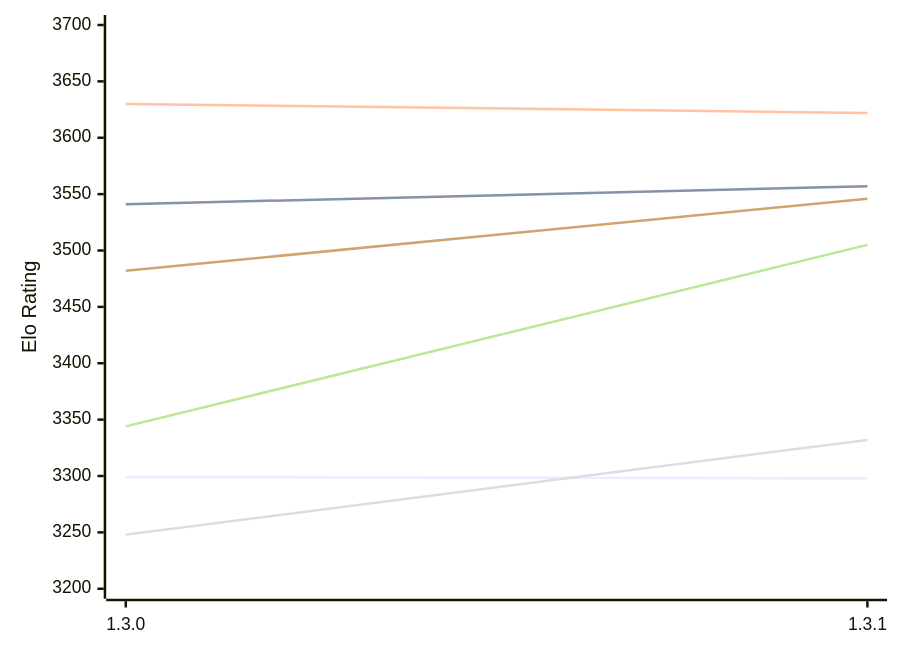
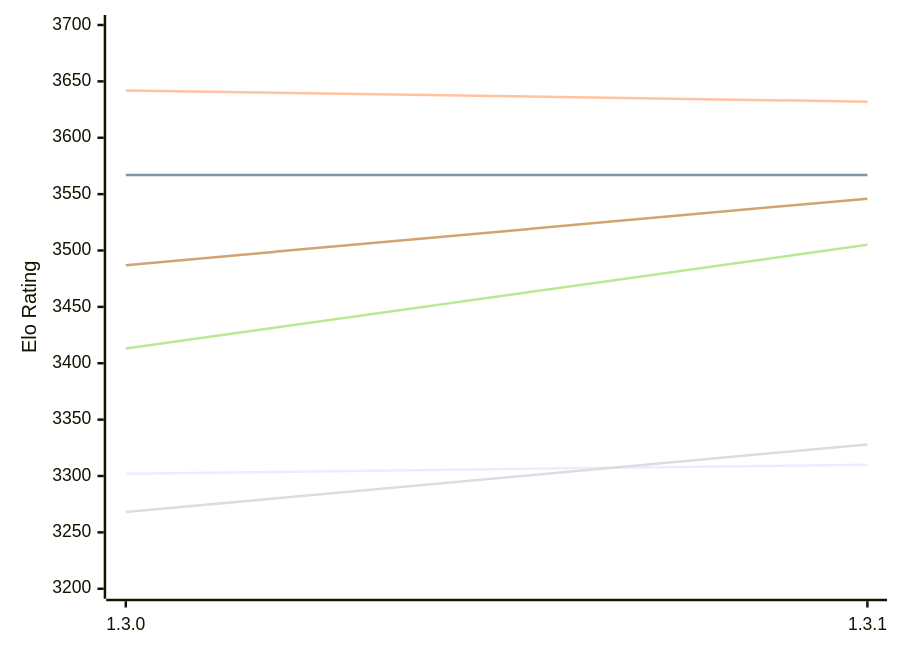
The first of 2 diagrams in engines/Renegade.md (computer-chess-index/cci), drawn with Mermaid before and after one commit. The commit also changed other lines of this file, not shown here.

Commit message:
Update CCI Ratings (ELO VLTC) - 2026-11-16

````diff
--- a/engines/Renegade.md
+++ b/engines/Renegade.md
@@ -50,12 +50,12 @@
 ```mermaid
 %%{init: {"theme":"base","themeVariables":{"seriesColors:['#a3a3a3','#222221','#faa371']}}}%%
 xychart-beta
   x-axis ["1.3.0", "1.3.1"]
   y-axis "Elo Rating" 3200 --> 3700
-  line "E1: STC (8.0+0.08s)" [3299, 3298]
-  line "E1: LTC (60.0+0.60s)" [3541, 3557]
-  line "E1: VLTC (2m24s+1.12s)" [3630, 3622]
-  line "P1: STC (8.0+0.08s)" [3248, 3332]
-  line "P1: LTC (60.0+0.60s)" [3344, 3505]
-  line "P1: VLTC (2m24s+1.12s)" [3482, 3546]
+  line "E1: STC (8.0+0.08s)" [3302, 3310]
+  line "E1: LTC (60.0+0.60s)" [3567, 3567]
+  line "E1: VLTC (2m24s+1.12s)" [3642, 3632]
+  line "P1: STC (8.0+0.08s)" [3268, 3328]
+  line "P1: LTC (60.0+0.60s)" [3413, 3505]
+  line "P1: VLTC (2m24s+1.12s)" [3487, 3546]
 ```
````
